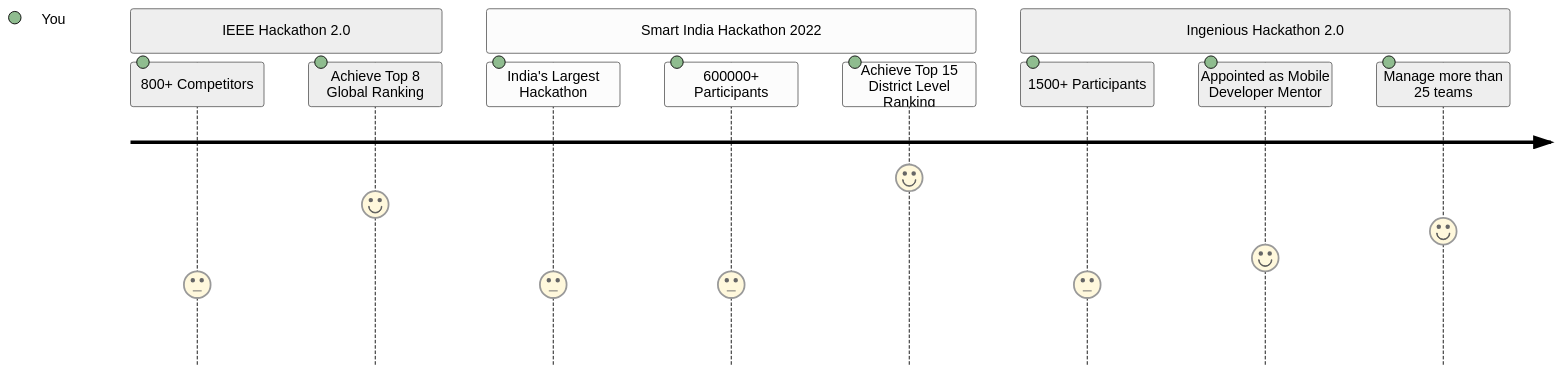
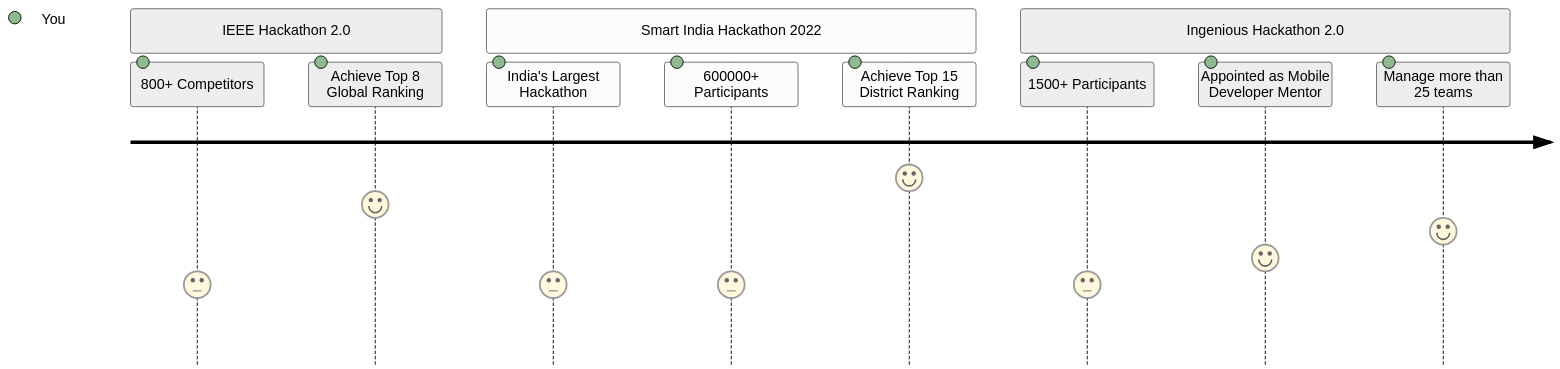
One commit to rahulsain/rahulsain changed the second of 3 diagrams in README.md. Above: the diagram before and after it, drawn with Mermaid (neutral theme). The commit also changed other lines of this file, not shown here.

````diff
--- a/README.md
+++ b/README.md
@@ -43,14 +42,14 @@
 ```mermaid
   journey
     section IEEE Hackathon 2.0
       800+ Competitors: 3: You
       Achieve Top 8 Global Ranking: 6: You
     section Smart India Hackathon 2022
       India's Largest Hackathon: 3: You
       600000+ Participants: 3: You
-      Achieve Top 15 District Level Ranking: 7: You
+      Achieve Top 15 District Ranking: 7: You
  section Ingenious Hackathon 2.0
       1500+ Participants: 3: You
       Appointed as Mobile Developer Mentor: 4: You
       Manage more than 25 teams: 5: You
 ```
````
